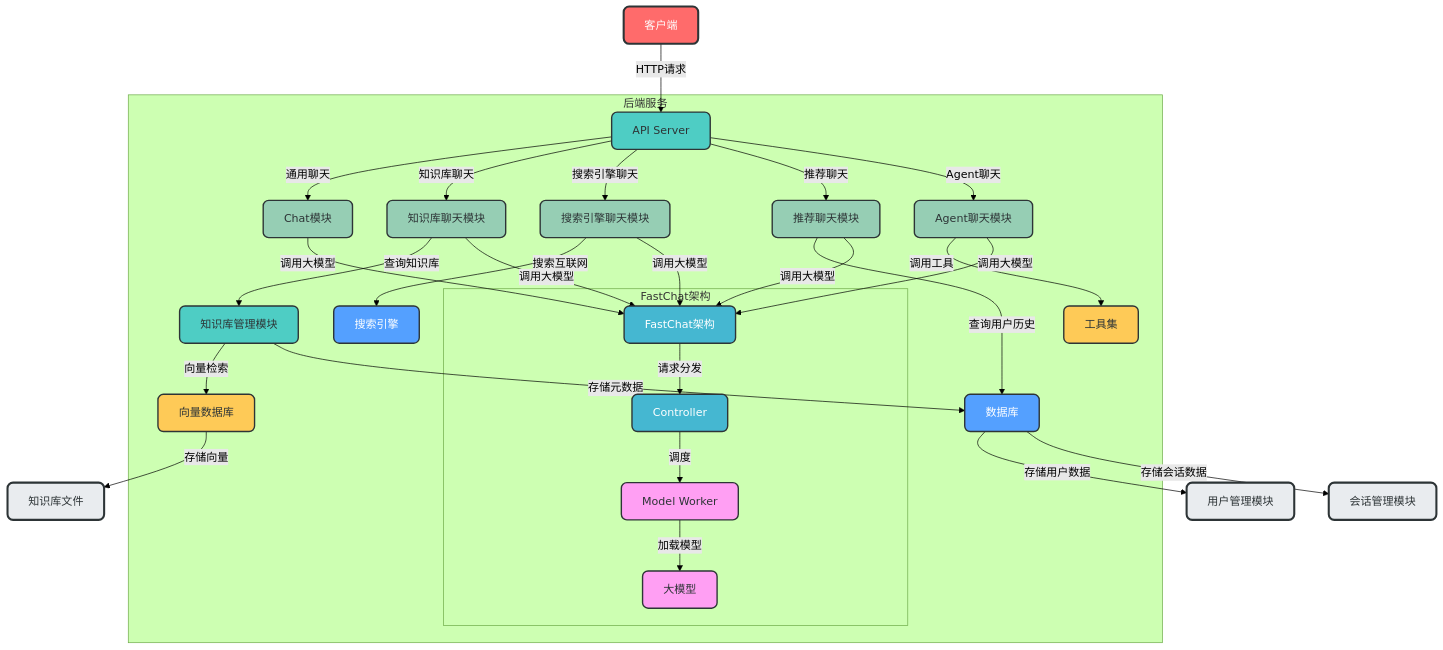
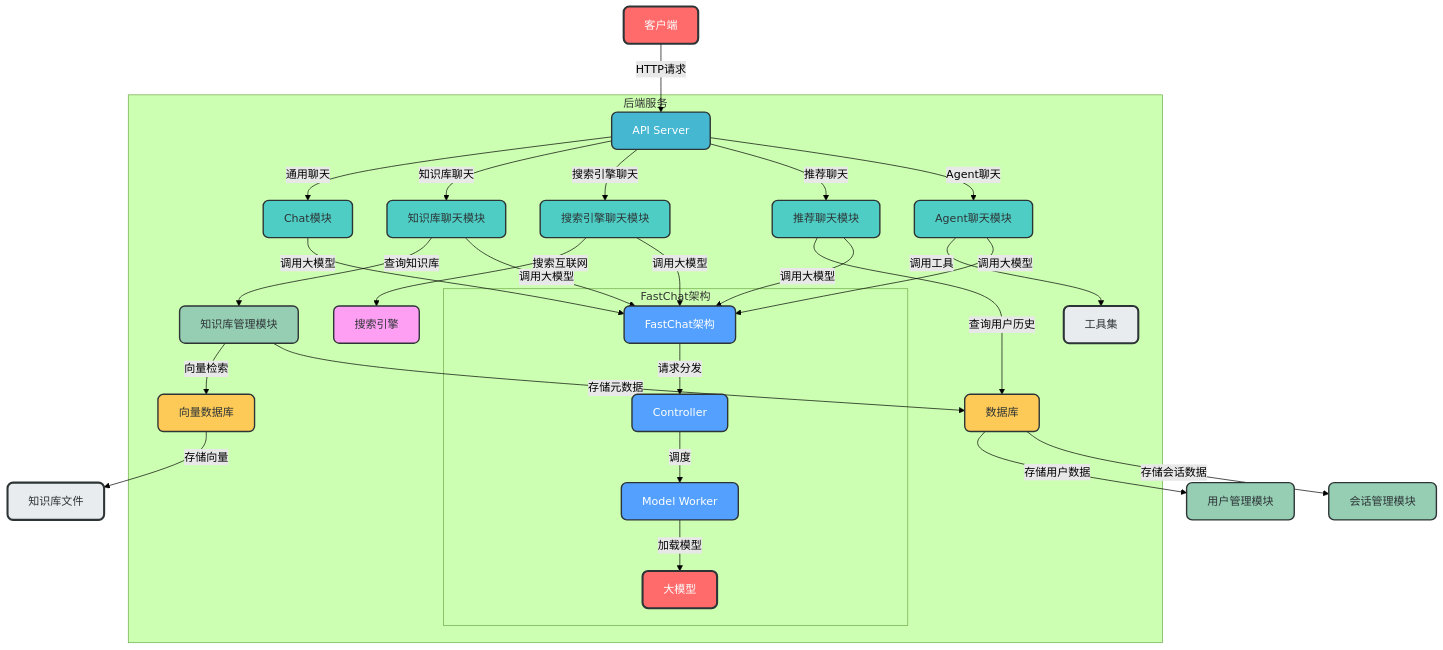
The first of 7 diagrams in Fufan Chat API 项目架构分析.md (amuqiao/fufan-chat-api-example), drawn with Mermaid (forest theme) before and after one commit. The commit also changed other lines of this file and 1 other file, not shown here.

Commit message:
修改项目架构文档

````diff
--- a/Fufan Chat API 项目架构分析.md
+++ b/Fufan Chat API 项目架构分析.md
@@ -28,55 +28,55 @@
 ```mermaid
 flowchart TD
-    A[客户端]:::client -->|HTTP请求| B[API Server]:::apiServer
+    A["客户端"]:::client -->|HTTP请求| B["API Server"]:::api
     
     subgraph "后端服务"
-    B -->|通用聊天| C[Chat模块]:::chatModule
-    B -->|知识库聊天| D[知识库聊天模块]:::kbChatModule
-    B -->|搜索引擎聊天| E[搜索引擎聊天模块]:::searchChatModule
-    B -->|推荐聊天| F[推荐聊天模块]:::recommendChatModule
-    B -->|Agent聊天| G[Agent聊天模块]:::agentChatModule
+    B -->|通用聊天| C["Chat模块"]:::chat
+    B -->|知识库聊天| D["知识库聊天模块"]:::kb_chat
+    B -->|搜索引擎聊天| E["搜索引擎聊天模块"]:::search_chat
+    B -->|推荐聊天| F["推荐聊天模块"]:::recommend_chat
+    B -->|Agent聊天| G["Agent聊天模块"]:::agent_chat
     
-    C -->|调用大模型| H[FastChat架构]:::fastChat
-    D -->|查询知识库| I[知识库管理模块]:::kbManager
+    C -->|调用大模型| H["FastChat架构"]:::fastchat
+    D -->|查询知识库| I["知识库管理模块"]:::kb
     D -->|调用大模型| H
-    E -->|搜索互联网| J[搜索引擎]:::searchEngine
+    E -->|搜索互联网| J["搜索引擎"]:::search
     E -->|调用大模型| H
-    F -->|查询用户历史| K[数据库]:::database
+    F -->|查询用户历史| K["数据库"]:::db
     F -->|调用大模型| H
-    G -->|调用工具| L[工具集]:::tools
+    G -->|调用工具| L["工具集"]:::tools
     G -->|调用大模型| H
     
-    I -->|向量检索| M[向量数据库]:::vectorDb
+    I -->|向量检索| M["向量数据库"]:::vector_db
     I -->|存储元数据| K
     
     subgraph "FastChat架构"
-    H -->|请求分发| N[Controller]:::controller
-    N -->|调度| O[Model Worker]:::modelWorker
-    O -->|加载模型| P[大模型]:::model
+    H -->|请求分发| N["Controller"]:::controller
+    N -->|调度| O["Model Worker"]:::worker
+    O -->|加载模型| P["大模型"]:::model
     end
     end
     
-    M -->|存储向量| Q[知识库文件]:::knowledgeFiles
-    K -->|存储用户数据| R[用户管理模块]:::userManager
-    K -->|存储会话数据| S[会话管理模块]:::sessionManager
+    M -->|存储向量| Q["知识库文件"]:::kb_files
+    K -->|存储用户数据| R["用户管理模块"]:::user_mgmt
+    K -->|存储会话数据| S["会话管理模块"]:::session_mgmt
     
     classDef client fill:#FF6B6B,stroke:#2D3436,stroke-width:3px,color:white,rx:8,ry:8;
-    classDef apiServer fill:#4ECDC4,stroke:#2D3436,stroke-width:2px,color:#2D3436,rx:8,ry:8;
-    classDef chatModule fill:#96CEB4,stroke:#2D3436,stroke-width:2px,color:#2D3436,rx:8,ry:8;
-    classDef kbChatModule fill:#96CEB4,stroke:#2D3436,stroke-width:2px,color:#2D3436,rx:8,ry:8;
-    classDef searchChatModule fill:#96CEB4,stroke:#2D3436,stroke-width:2px,color:#2D3436,rx:8,ry:8;
-    classDef recommendChatModule fill:#96CEB4,stroke:#2D3436,stroke-width:2px,color:#2D3436,rx:8,ry:8;
-    classDef agentChatModule fill:#96CEB4,stroke:#2D3436,stroke-width:2px,color:#2D3436,rx:8,ry:8;
-    classDef fastChat fill:#45B7D1,stroke:#2D3436,stroke-width:2px,color:white,rx:8,ry:8;
-    classDef kbManager fill:#4ECDC4,stroke:#2D3436,stroke-width:2px,color:#2D3436,rx:8,ry:8;
-    classDef searchEngine fill:#54A0FF,stroke:#2D3436,stroke-width:2px,color:white,rx:8,ry:8;
-    classDef database fill:#54A0FF,stroke:#2D3436,stroke-width:2px,color:white,rx:8,ry:8;
-    classDef tools fill:#FECA57,stroke:#2D3436,stroke-width:2px,color:#2D3436,rx:8,ry:8;
-    classDef vectorDb fill:#FECA57,stroke:#2D3436,stroke-width:2px,color:#2D3436,rx:8,ry:8;
-    classDef controller fill:#45B7D1,stroke:#2D3436,stroke-width:2px,color:white,rx:8,ry:8;
-    classDef modelWorker fill:#FF9FF3,stroke:#2D3436,stroke-width:2px,color:#2D3436,rx:8,ry:8;
-    classDef model fill:#FF9FF3,stroke:#2D3436,stroke-width:2px,color:#2D3436,rx:8,ry:8;
-    classDef knowledgeFiles fill:#E9ECEF,stroke:#2D3436,stroke-width:3px,color:#2D3436,rx:8,ry:8;
-    classDef userManager fill:#E9ECEF,stroke:#2D3436,stroke-width:3px,color:#2D3436,rx:8,ry:8;
-    classDef sessionManager fill:#E9ECEF,stroke:#2D3436,stroke-width:3px,color:#2D3436,rx:8,ry:8;
+    classDef api fill:#45B7D1,stroke:#2D3436,stroke-width:2px,color:white,rx:8,ry:8;
+    classDef chat fill:#4ECDC4,stroke:#2D3436,stroke-width:2px,color:#2D3436,rx:8,ry:8;
+    classDef kb_chat fill:#4ECDC4,stroke:#2D3436,stroke-width:2px,color:#2D3436,rx:8,ry:8;
+    classDef search_chat fill:#4ECDC4,stroke:#2D3436,stroke-width:2px,color:#2D3436,rx:8,ry:8;
+    classDef recommend_chat fill:#4ECDC4,stroke:#2D3436,stroke-width:2px,color:#2D3436,rx:8,ry:8;
+    classDef agent_chat fill:#4ECDC4,stroke:#2D3436,stroke-width:2px,color:#2D3436,rx:8,ry:8;
+    classDef fastchat fill:#54A0FF,stroke:#2D3436,stroke-width:2px,color:white,rx:8,ry:8;
+    classDef kb fill:#96CEB4,stroke:#2D3436,stroke-width:2px,color:#2D3436,rx:8,ry:8;
+    classDef search fill:#FF9FF3,stroke:#2D3436,stroke-width:2px,color:#2D3436,rx:8,ry:8;
+    classDef db fill:#FECA57,stroke:#2D3436,stroke-width:2px,color:#2D3436,rx:8,ry:8;
+    classDef tools fill:#E9ECEF,stroke:#2D3436,stroke-width:3px,color:#2D3436,rx:8,ry:8;
+    classDef vector_db fill:#FECA57,stroke:#2D3436,stroke-width:2px,color:#2D3436,rx:8,ry:8;
+    classDef controller fill:#54A0FF,stroke:#2D3436,stroke-width:2px,color:white,rx:8,ry:8;
+    classDef worker fill:#54A0FF,stroke:#2D3436,stroke-width:2px,color:white,rx:8,ry:8;
+    classDef model fill:#FF6B6B,stroke:#2D3436,stroke-width:3px,color:white,rx:8,ry:8;
+    classDef kb_files fill:#E9ECEF,stroke:#2D3436,stroke-width:3px,color:#2D3436,rx:8,ry:8;
+    classDef user_mgmt fill:#96CEB4,stroke:#2D3436,stroke-width:2px,color:#2D3436,rx:8,ry:8;
+    classDef session_mgmt fill:#96CEB4,stroke:#2D3436,stroke-width:2px,color:#2D3436,rx:8,ry:8;
 ```
````
